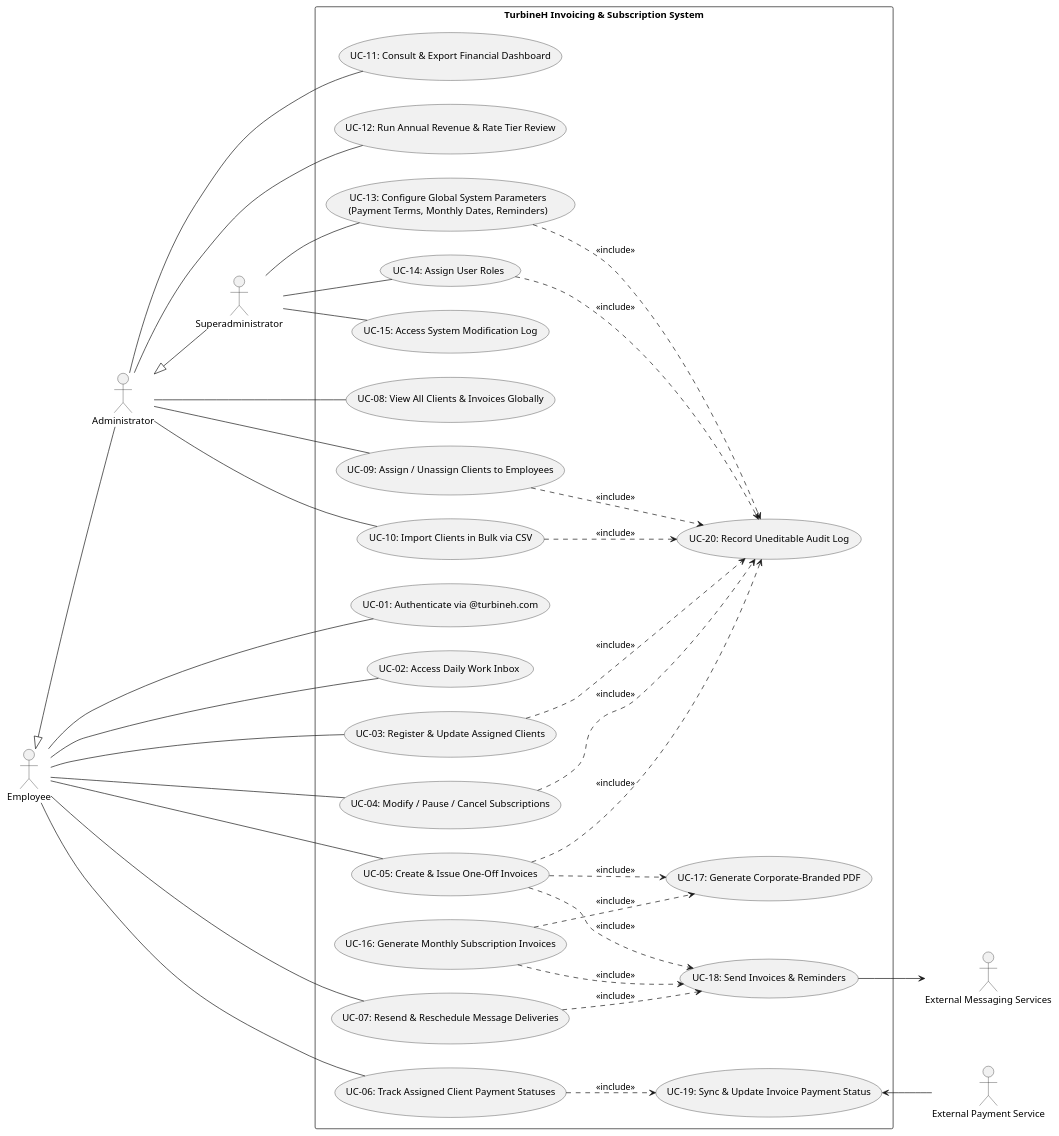
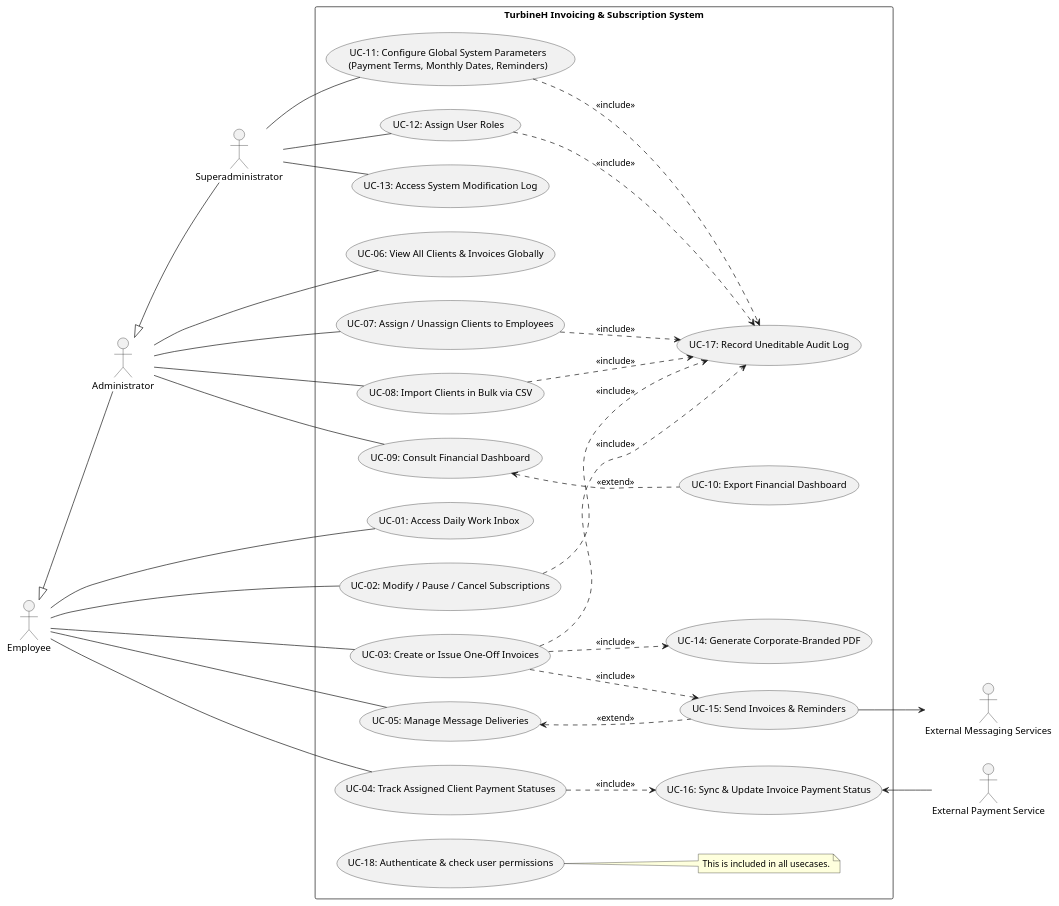
The diagram in use_case_diagram.pu (Navas05/ADA---Group-Project), drawn with PlantUML before and after one commit.

Commit message:
uml final

```diff
--- a/use_case_diagram.pu
+++ b/use_case_diagram.pu
@@ -1,79 +1,69 @@
 @startuml use_case_diagram
 left to right direction
-skinparam packageStyle rectangle
 
 actor "Employee" as Emp
 actor "Administrator" as Admin
 actor "Superadministrator" as SuperAdmin
 
 actor "External Payment Service" as PaymentSys
 actor "External Messaging Services" as MsgSys
 
 Emp <|-- Admin
 Admin <|-- SuperAdmin
 
 rectangle "TurbineH Invoicing & Subscription System" {
-    usecase "UC-01: Authenticate via @turbineh.com" as UC01
-    usecase "UC-02: Access Daily Work Inbox" as UC02
-    usecase "UC-03: Register & Update Assigned Clients" as UC03
-    usecase "UC-04: Modify / Pause / Cancel Subscriptions" as UC04
-    usecase "UC-05: Create & Issue One-Off Invoices" as UC05
-    usecase "UC-06: Track Assigned Client Payment Statuses" as UC06
-    usecase "UC-07: Resend & Reschedule Message Deliveries" as UC07
-    usecase "UC-08: View All Clients & Invoices Globally" as UC08
-    usecase "UC-09: Assign / Unassign Clients to Employees" as UC09
-    usecase "UC-10: Import Clients in Bulk via CSV" as UC10
-    usecase "UC-11: Consult & Export Financial Dashboard" as UC11
-    usecase "UC-12: Run Annual Revenue & Rate Tier Review" as UC12
-    usecase "UC-13: Configure Global System Parameters\n(Payment Terms, Monthly Dates, Reminders)" as UC13
-    usecase "UC-14: Assign User Roles" as UC14
-    usecase "UC-15: Access System Modification Log" as UC15
-    usecase "UC-16: Generate Monthly Subscription Invoices" as UC16
-    usecase "UC-17: Generate Corporate-Branded PDF" as UC17
-    usecase "UC-18: Send Invoices & Reminders" as UC18
-    usecase "UC-19: Sync & Update Invoice Payment Status" as UC19
-    usecase "UC-20: Record Uneditable Audit Log" as UC20
+    usecase "UC-01: Access Daily Work Inbox" as UC02
+    usecase "UC-02: Modify / Pause / Cancel Subscriptions" as UC04
+    usecase "UC-03: Create or Issue One-Off Invoices" as UC05
+    usecase "UC-04: Track Assigned Client Payment Statuses" as UC06
+    usecase "UC-05: Manage Message Deliveries" as UC07
+    usecase "UC-06: View All Clients & Invoices Globally" as UC08
+    usecase "UC-07: Assign / Unassign Clients to Employees" as UC09
+    usecase "UC-08: Import Clients in Bulk via CSV" as UC10
+    usecase "UC-09: Consult Financial Dashboard" as UC11
+    usecase "UC-10: Export Financial Dashboard" as UC12
+    usecase "UC-11: Configure Global System Parameters\n(Payment Terms, Monthly Dates, Reminders)" as UC13
+    usecase "UC-12: Assign User Roles" as UC14
+    usecase "UC-13: Access System Modification Log" as UC15
+    usecase "UC-14: Generate Corporate-Branded PDF" as UC17
+    usecase "UC-15: Send Invoices & Reminders" as UC18
+    usecase "UC-16: Sync & Update Invoice Payment Status" as UC19
+    usecase "UC-17: Record Uneditable Audit Log" as UC20
+    usecase "UC-18: Authenticate & check user permissions" as UC21
+    
+    note right of UC21 : This is included in all usecases.
 }
 
-' Employee associations
-Emp -- UC01
 Emp -- UC02
-Emp -- UC03
 Emp -- UC04
 Emp -- UC05
 Emp -- UC06
 Emp -- UC07
 
-' Administrator associations
 Admin -- UC08
 Admin -- UC09
 Admin -- UC10
 Admin -- UC11
-Admin -- UC12
 
-' Superadministrator associations
 SuperAdmin -- UC13
 SuperAdmin -- UC14
 SuperAdmin -- UC15
 
-' Includes & Extends relationships
 UC05 ..> UC17 : <<include>>
 UC05 ..> UC18 : <<include>>
-UC16 ..> UC17 : <<include>>
-UC16 ..> UC18 : <<include>>
-UC07 ..> UC18 : <<include>>
+UC07 <.. UC18 : <<extend>>
 
-UC03 ..> UC20 : <<include>>
+UC11 <.. UC12 : <<extend>>
+
 UC04 ..> UC20 : <<include>>
 UC05 ..> UC20 : <<include>>
 UC09 ..> UC20 : <<include>>
 UC10 ..> UC20 : <<include>>
 UC13 ..> UC20 : <<include>>
 UC14 ..> UC20 : <<include>>
 
-' External System integrations
 UC18 --> MsgSys
 UC19 <-- PaymentSys
 UC06 ..> UC19 : <<include>>
 
 @enduml
```
